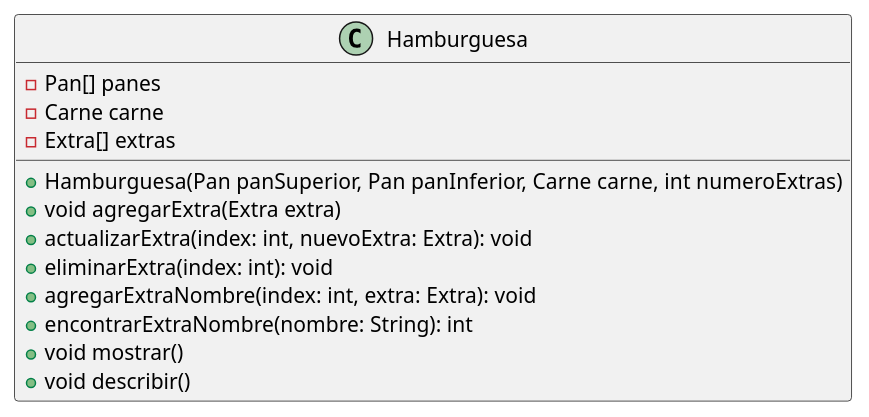
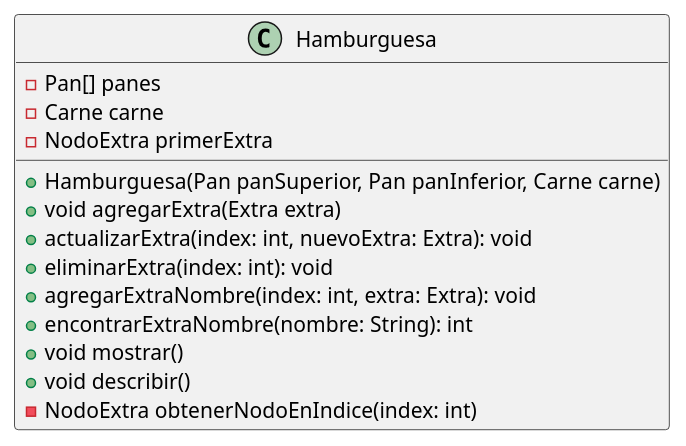
The diagram in modelosUML/modelo.puml (Ingenieria-Informatica-UNEATLANTICO/23-24-eda1-examen-extraordinario-BrendaLopes), drawn with PlantUML before and after one commit. The commit also changed 3 other files, not shown here.

```diff
--- a/modelosUML/modelo.puml
+++ b/modelosUML/modelo.puml
@@ -1,17 +1,18 @@
 @startuml
 
 class Hamburguesa {
     -Pan[] panes
     -Carne carne
-    -Extra[] extras
-    +Hamburguesa(Pan panSuperior, Pan panInferior, Carne carne, int numeroExtras)
+    -NodoExtra primerExtra
+    +Hamburguesa(Pan panSuperior, Pan panInferior, Carne carne)
     +void agregarExtra(Extra extra)
     + actualizarExtra(index: int, nuevoExtra: Extra): void 
     + eliminarExtra(index: int): void     
     + agregarExtraNombre(index: int, extra: Extra): void 
     + encontrarExtraNombre(nombre: String): int 
     +void mostrar()
     +void describir()
+    -NodoExtra obtenerNodoEnIndice(index: int)
 }
 
 @enduml
```
